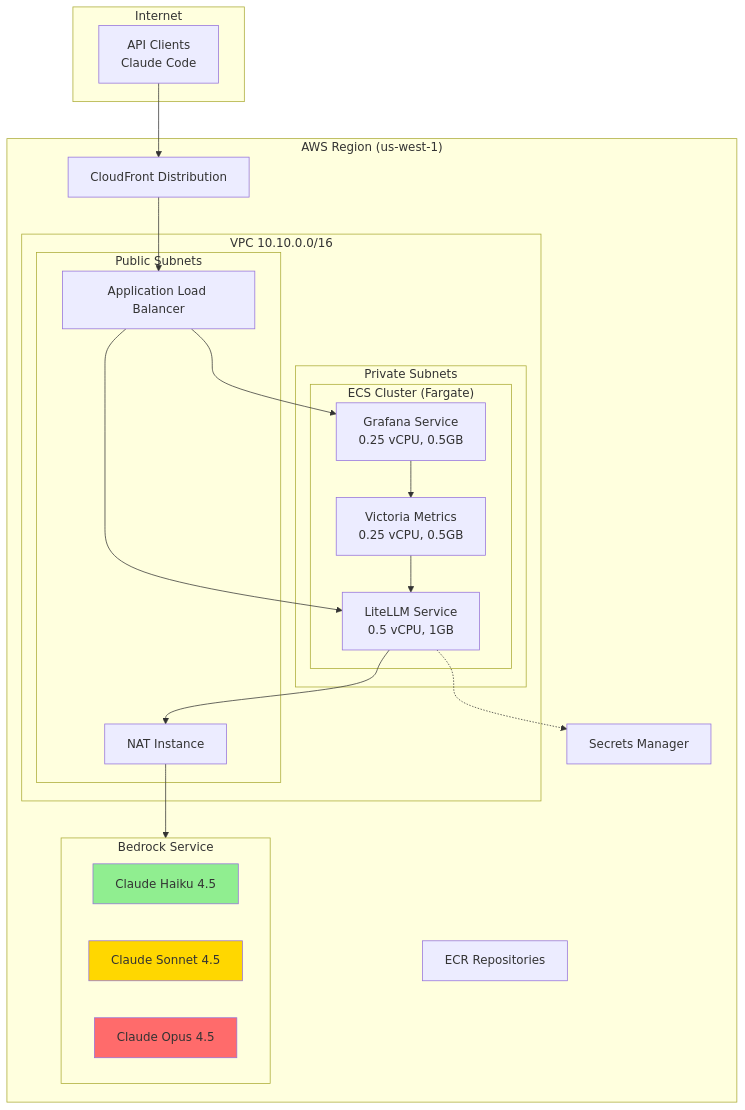
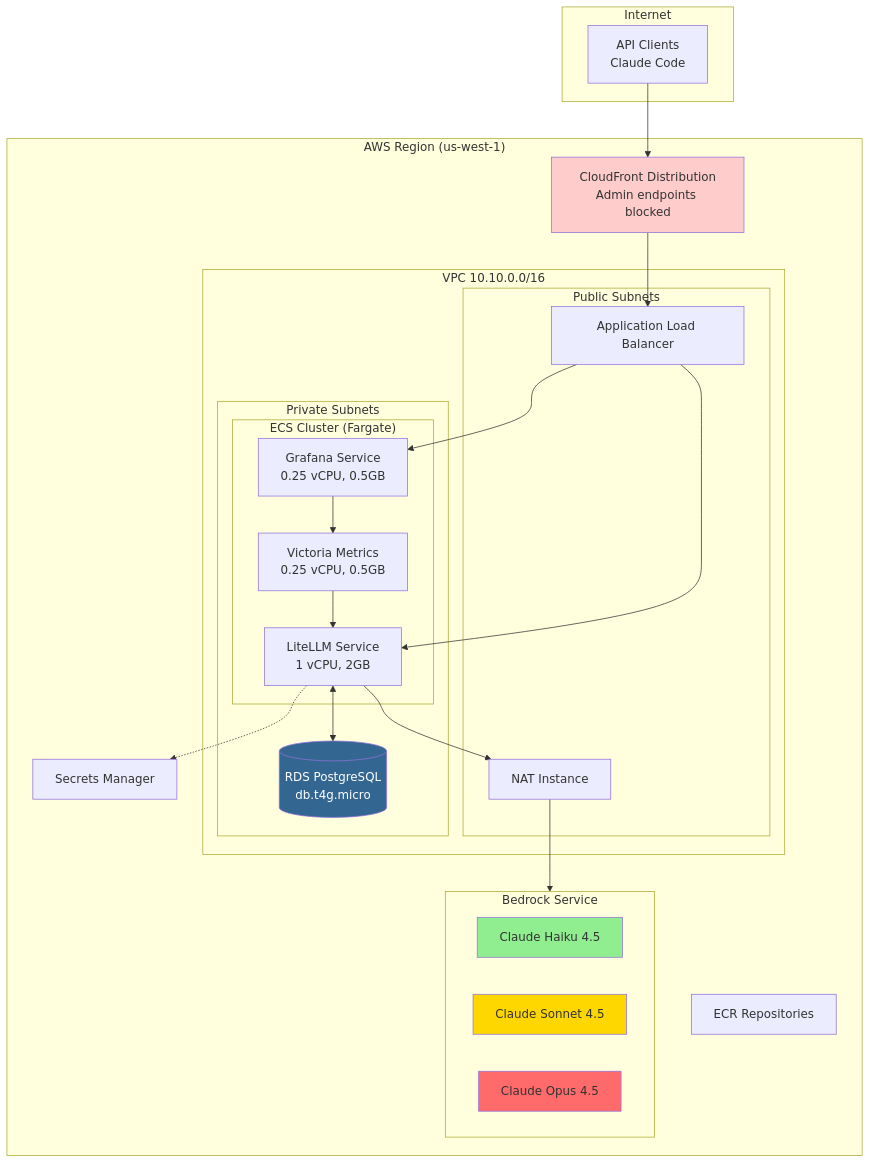
One commit to lorenzogirardi/gw_llm changed the fifth of 8 diagrams in docs/architecture/c4-architecture.md. Above: the diagram before and after it, drawn with Mermaid. The commit also changed other lines of this file and 17 other files, not shown here.

````diff
--- a/docs/architecture/c4-architecture.md
+++ b/docs/architecture/c4-architecture.md
@@ -141,48 +155,53 @@
 ```mermaid
 flowchart TB
     subgraph Internet
         client[API Clients<br/>Claude Code]
     end
 
     subgraph AWS["AWS Region (us-west-1)"]
-        cf[CloudFront Distribution]
+        cf[CloudFront Distribution<br/>Admin endpoints blocked]
 
         subgraph VPC["VPC 10.10.0.0/16"]
             subgraph public["Public Subnets"]
                 alb[Application Load Balancer]
                 nat[NAT Instance]
             end
 
             subgraph private["Private Subnets"]
                 subgraph ECS["ECS Cluster (Fargate)"]
-                    litellm[LiteLLM Service<br/>0.5 vCPU, 1GB]
+                    litellm[LiteLLM Service<br/>1 vCPU, 2GB]
                     grafana[Grafana Service<br/>0.25 vCPU, 0.5GB]
                     victoria[Victoria Metrics<br/>0.25 vCPU, 0.5GB]
                 end
+
+                rds[(RDS PostgreSQL<br/>db.t4g.micro)]
             end
         end
 
         subgraph bedrock["Bedrock Service"]
             haiku[Claude Haiku 4.5]
             sonnet[Claude Sonnet 4.5]
             opus[Claude Opus 4.5]
         end
 
         secrets[Secrets Manager]
         ecr[ECR Repositories]
     end
 
     client --> cf
     cf --> alb
     alb --> litellm
     alb --> grafana
     litellm --> nat
     nat --> bedrock
+    litellm <--> rds
     litellm -.-> secrets
     victoria --> litellm
     grafana --> victoria
 
     style haiku fill:#90EE90
     style sonnet fill:#FFD700
     style opus fill:#FF6B6B
+    style rds fill:#336791,color:#fff
+    style cf fill:#ffcccc
 ```
````
